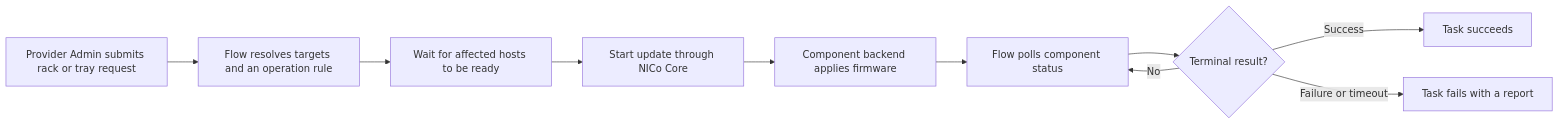
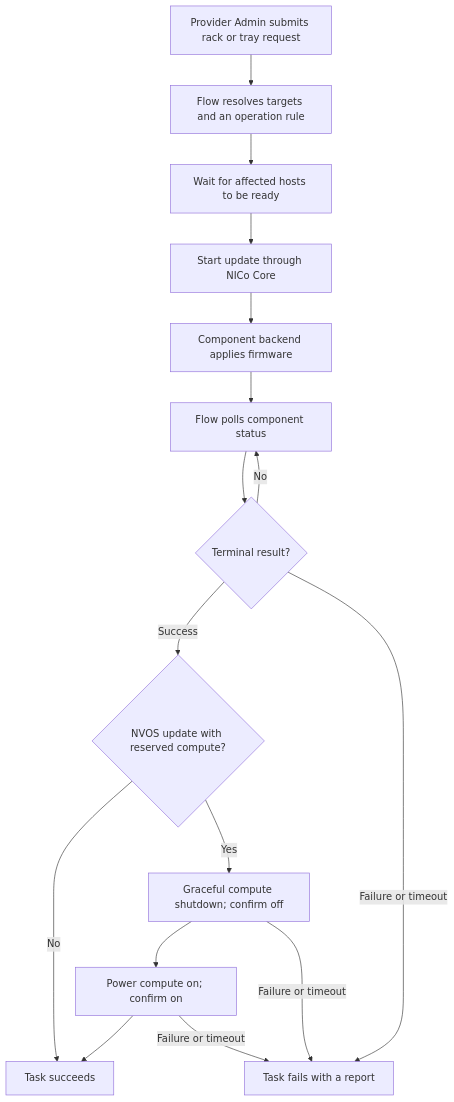
The diagram in docs/operations/firmware-updates/rack-component-firmware.md (dsx-ai-factory/infra-controller), drawn with Mermaid before and after one commit. The commit also changed other lines of this file and 23 other files, not shown here.

Commit message:
fix(flow): restart rack compute after on-demand NVOS updates

````diff
--- a/docs/operations/firmware-updates/rack-component-firmware.md
+++ b/docs/operations/firmware-updates/rack-component-firmware.md
@@ -21,12 +21,18 @@
 ```mermaid
-flowchart LR
+flowchart TD
     A["Provider Admin submits rack or tray request"] --> B["Flow resolves targets and an operation rule"]
     B --> C["Wait for affected hosts to be ready"]
     C --> D["Start update through NICo Core"]
     D --> E["Component backend applies firmware"]
     E --> F["Flow polls component status"]
     F --> G{"Terminal result?"}
     G -- No --> F
-    G -- Success --> H["Task succeeds"]
+    G -- Success --> J{"NVOS update with reserved compute?"}
+    J -- No --> H["Task succeeds"]
+    J -- Yes --> K["Graceful compute shutdown; confirm off"]
+    K --> L["Power compute on; confirm on"]
+    L --> H
+    K -- Failure or timeout --> I
+    L -- Failure or timeout --> I
     G -- Failure or timeout --> I["Task fails with a report"]
 ```
````
